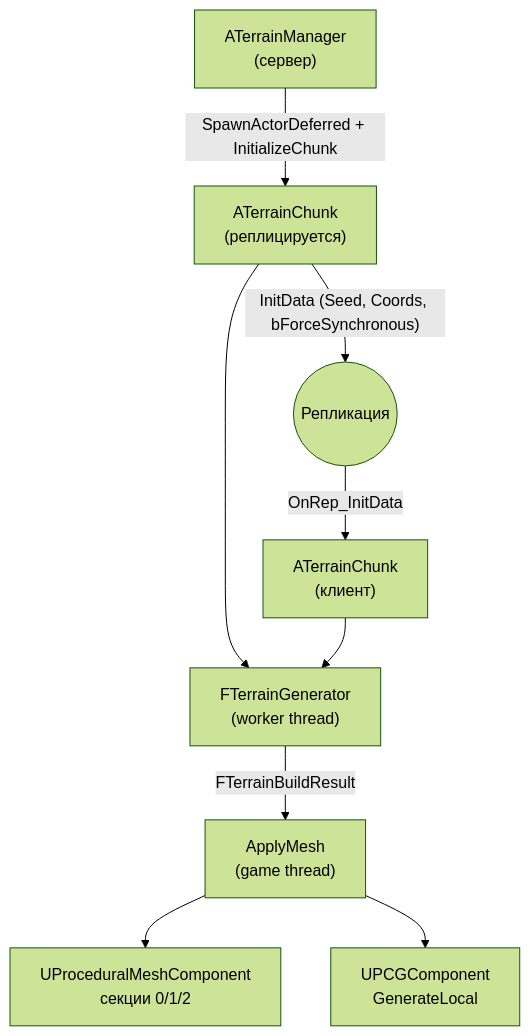
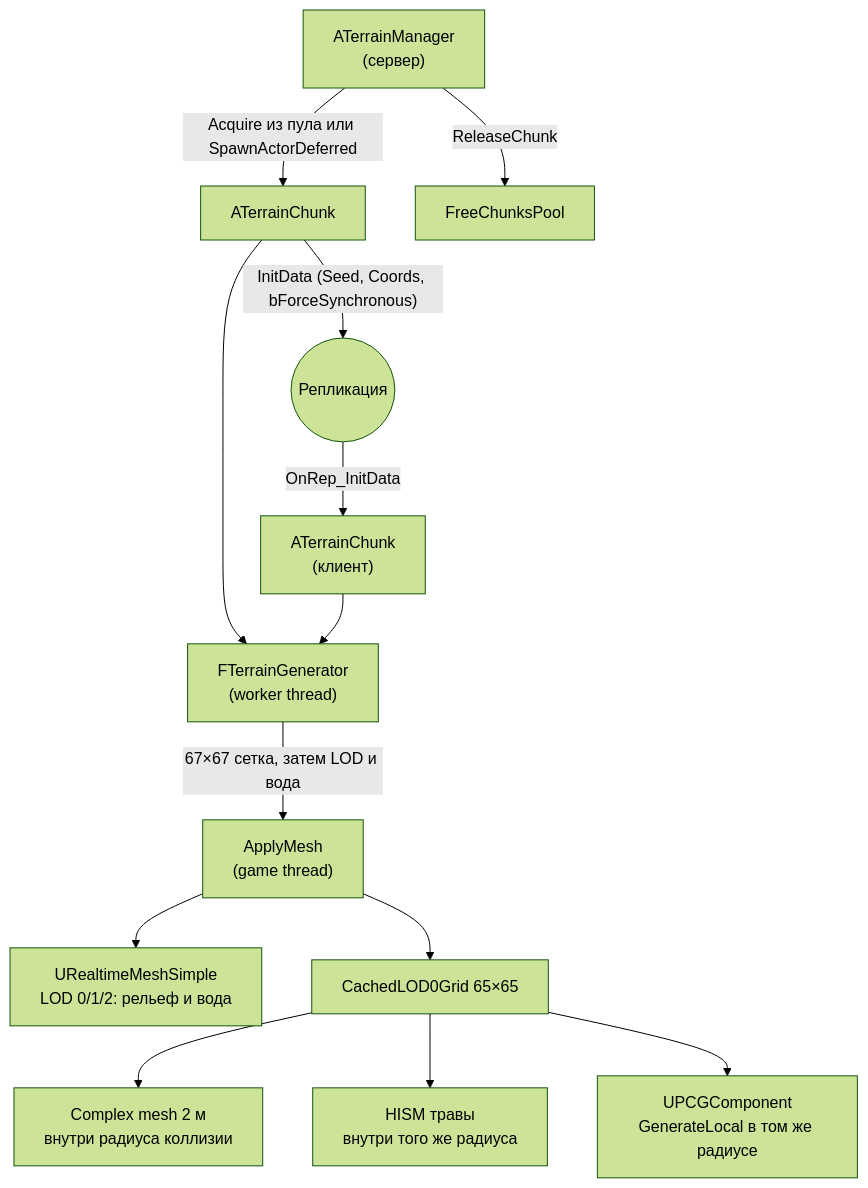
Before and after one commit to SKarabanov/MPSurv: the first of 2 diagrams in Docs/TechnicalDocument.md, drawn with Mermaid (forest theme). The commit also changed other lines of this file and 173 other files, not shown here.

````diff
--- a/Docs/TechnicalDocument.md
+++ b/Docs/TechnicalDocument.md
@@ -47,11 +65,15 @@
 ```mermaid
 flowchart TD
-    TM["ATerrainManager<br/>(сервер)"] -->|"SpawnActorDeferred + InitializeChunk"| TC["ATerrainChunk<br/>(реплицируется)"]
+    TM["ATerrainManager<br/>(сервер)"] -->|"Acquire из пула или SpawnActorDeferred"| TC["ATerrainChunk"]
     TC -->|"InitData (Seed, Coords, bForceSynchronous)"| NET(("Репликация"))
     NET -->|"OnRep_InitData"| TCC["ATerrainChunk<br/>(клиент)"]
     TC --> GEN["FTerrainGenerator<br/>(worker thread)"]
     TCC --> GEN
-    GEN -->|"FTerrainBuildResult"| APPLY["ApplyMesh<br/>(game thread)"]
-    APPLY --> PMC["UProceduralMeshComponent<br/>секции 0/1/2"]
-    APPLY --> PCG["UPCGComponent<br/>GenerateLocal"]
+    GEN -->|"67×67 сетка, затем LOD и вода"| APPLY["ApplyMesh<br/>(game thread)"]
+    APPLY --> RMC["URealtimeMeshSimple<br/>LOD 0/1/2: рельеф и вода"]
+    APPLY --> CACHE["CachedLOD0Grid 65×65"]
+    CACHE --> COL["Complex mesh 2 м<br/>внутри радиуса коллизии"]
+    CACHE --> GRASS["HISM травы<br/>внутри того же радиуса"]
+    CACHE --> PCG["UPCGComponent<br/>GenerateLocal в том же радиусе"]
+    TM -->|"ReleaseChunk"| POOL["FreeChunksPool"]
 ```
````
